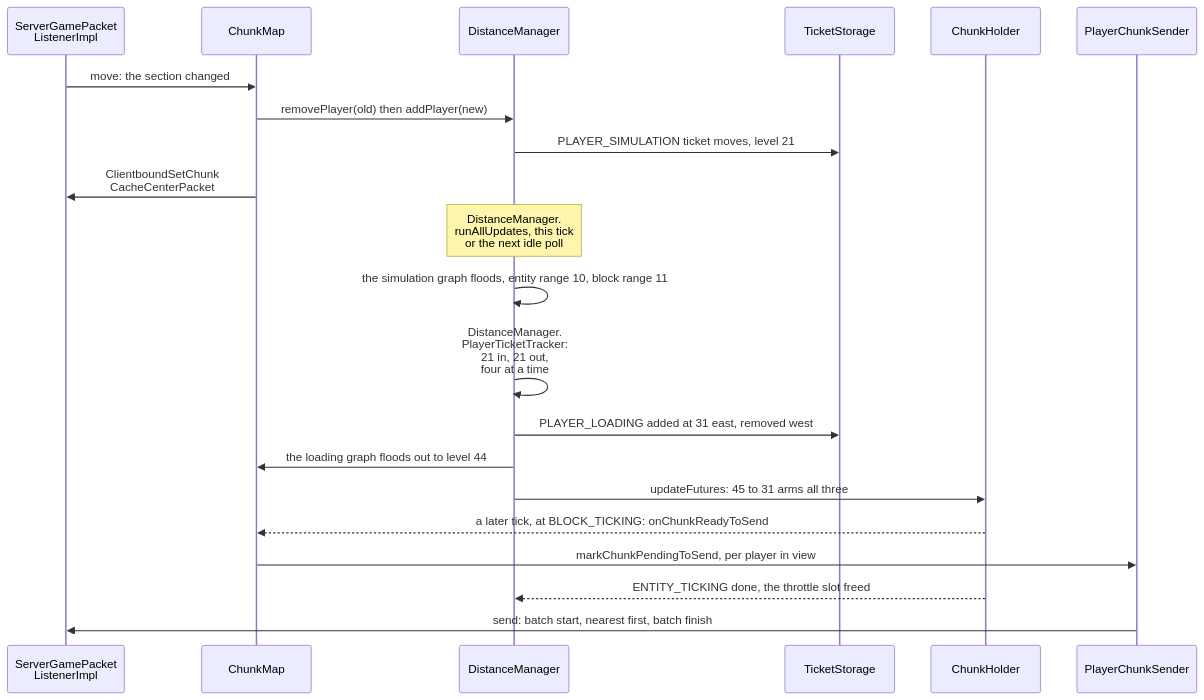
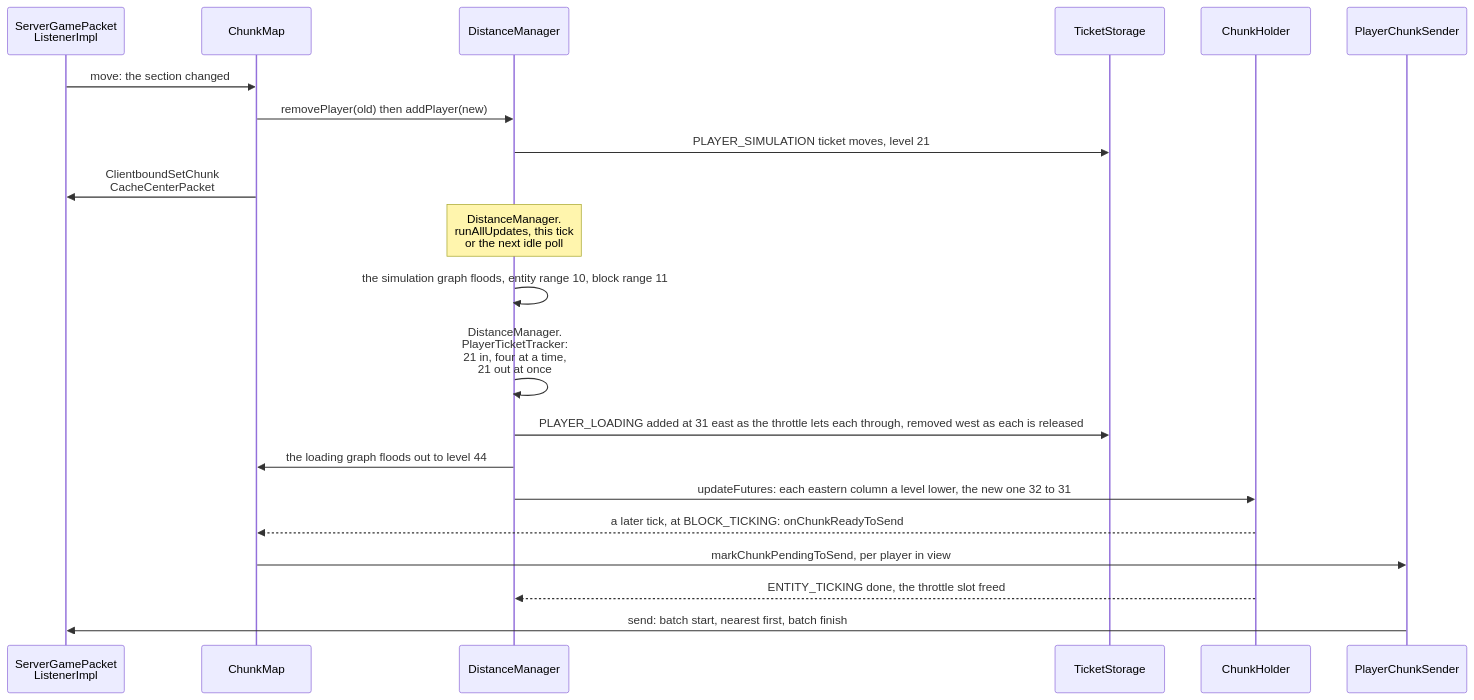
Before and after one commit to AlexanderjFraser/MinecraftDocs: the third of 3 diagrams in src/systems/world/tickets-and-loading.md, drawn with Mermaid. The commit also changed other lines of this file and 20 other files, not shown here.

````diff
--- a/src/systems/world/tickets-and-loading.md
+++ b/src/systems/world/tickets-and-loading.md
@@ -266,24 +279,24 @@
 ```mermaid
 sequenceDiagram
     participant SGPL as ServerGamePacket<br/>ListenerImpl
     participant CM as ChunkMap
     participant DM as DistanceManager
     participant TS as TicketStorage
     participant CH as ChunkHolder
     participant PCS as PlayerChunkSender
 
     SGPL->>CM: move: the section changed
     CM->>DM: removePlayer(old) then addPlayer(new)
     DM->>TS: PLAYER_SIMULATION ticket moves, level 21
     CM->>SGPL: ClientboundSetChunk<br/>CacheCenterPacket
     Note over DM: DistanceManager.<br/>runAllUpdates, this tick<br/>or the next idle poll
     DM->>DM: the simulation graph floods, entity range 10, block range 11
-    DM->>DM: DistanceManager.<br/>PlayerTicketTracker:<br/>21 in, 21 out,<br/>four at a time
-    DM->>TS: PLAYER_LOADING added at 31 east, removed west
+    DM->>DM: DistanceManager.<br/>PlayerTicketTracker:<br/>21 in, four at a time,<br/>21 out at once
+    DM->>TS: PLAYER_LOADING added at 31 east as the throttle lets each through, removed west as each is released
     DM->>CM: the loading graph floods out to level 44
-    DM->>CH: updateFutures: 45 to 31 arms all three
+    DM->>CH: updateFutures: each eastern column a level lower, the new one 32 to 31
     CH-->>CM: a later tick, at BLOCK_TICKING: onChunkReadyToSend
     CM->>PCS: markChunkPendingToSend, per player in view
     CH-->>DM: ENTITY_TICKING done, the throttle slot freed
     PCS->>SGPL: send: batch start, nearest first, batch finish
 ```
````
